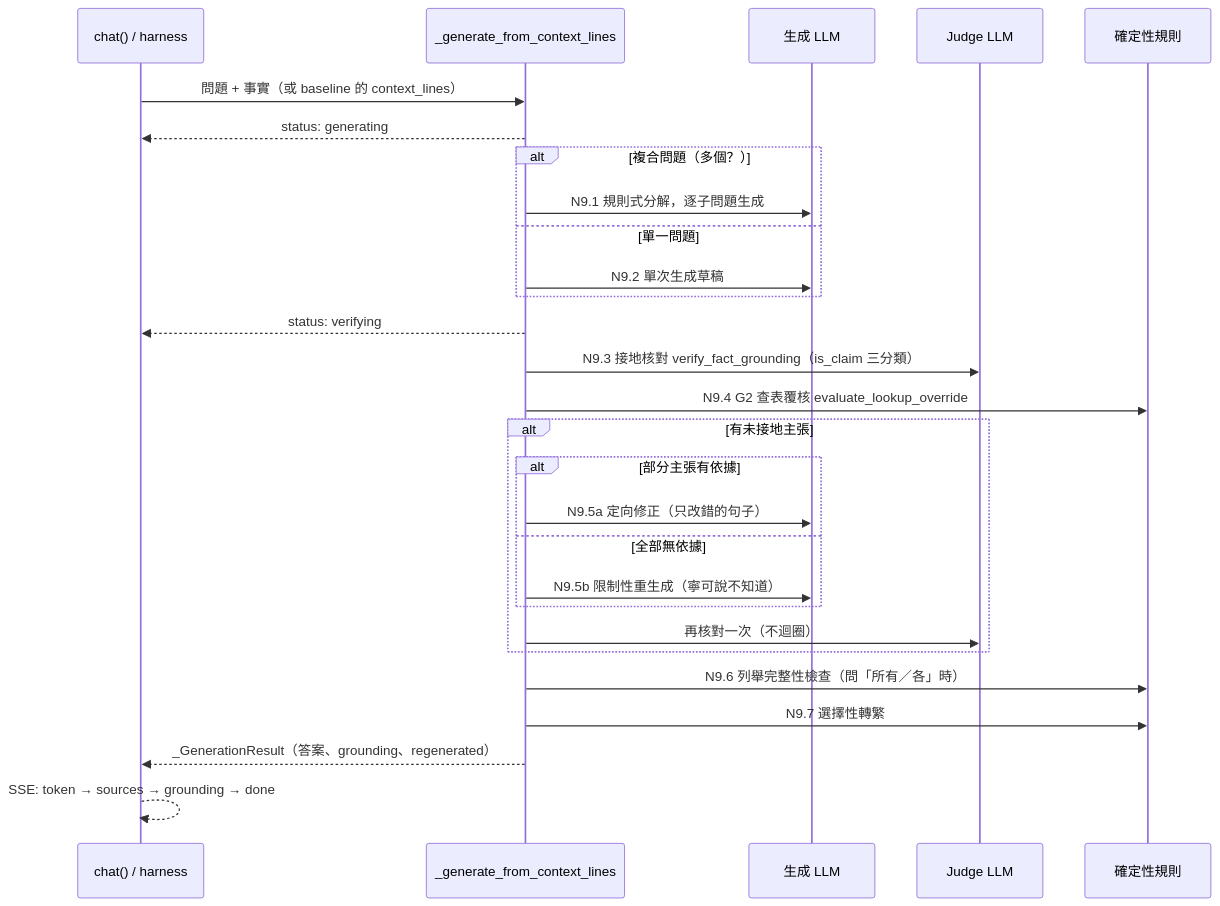
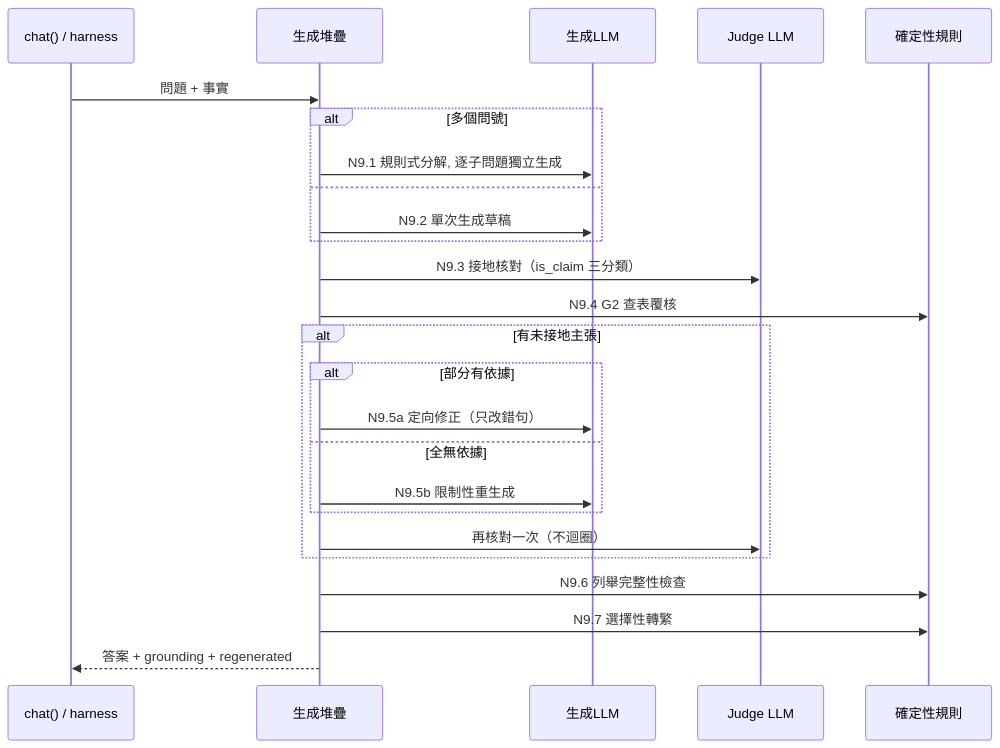
Diagram 11 of 13 in docs/報告/95_專案節點流程總覽與設計說明.md (Chester930/world-knowledge-graph-rag), drawn with Mermaid before and after one commit. The commit also changed other lines of this file and 1 other file, not shown here.

````diff
--- a/docs/報告/95_專案節點流程總覽與設計說明.md
+++ b/docs/報告/95_專案節點流程總覽與設計說明.md
@@ -423,31 +339,27 @@
 ```mermaid
 sequenceDiagram
     participant C as chat() / harness
-    participant G as _generate_from_context_lines
-    participant L as 生成 LLM
+    participant G as 生成堆疊
+    participant L as 生成LLM
     participant J as Judge LLM
     participant D as 確定性規則
-
-    C->>G: 問題 + 事實（或 baseline 的 context_lines）
-    G-->>C: status: generating
-    alt 複合問題（多個？）
-        G->>L: N9.1 規則式分解，逐子問題生成
-    else 單一問題
+    C->>G: 問題 + 事實
+    alt 多個問號
+        G->>L: N9.1 規則式分解, 逐子問題獨立生成
+    else
         G->>L: N9.2 單次生成草稿
     end
-    G-->>C: status: verifying
-    G->>J: N9.3 接地核對 verify_fact_grounding（is_claim 三分類）
-    G->>D: N9.4 G2 查表覆核 evaluate_lookup_override
+    G->>J: N9.3 接地核對（is_claim 三分類）
+    G->>D: N9.4 G2 查表覆核
     alt 有未接地主張
-        alt 部分主張有依據
-            G->>L: N9.5a 定向修正（只改錯的句子）
-        else 全部無依據
-            G->>L: N9.5b 限制性重生成（寧可說不知道）
+        alt 部分有依據
+            G->>L: N9.5a 定向修正（只改錯句）
+        else 全無依據
+            G->>L: N9.5b 限制性重生成
         end
         G->>J: 再核對一次（不迴圈）
     end
-    G->>D: N9.6 列舉完整性檢查（問「所有／各」時）
+    G->>D: N9.6 列舉完整性檢查
     G->>D: N9.7 選擇性轉繁
-    G-->>C: _GenerationResult（答案、grounding、regenerated）
-    C-->>C: SSE: token → sources → grounding → done
+    G-->>C: 答案 + grounding + regenerated
 ```
````
